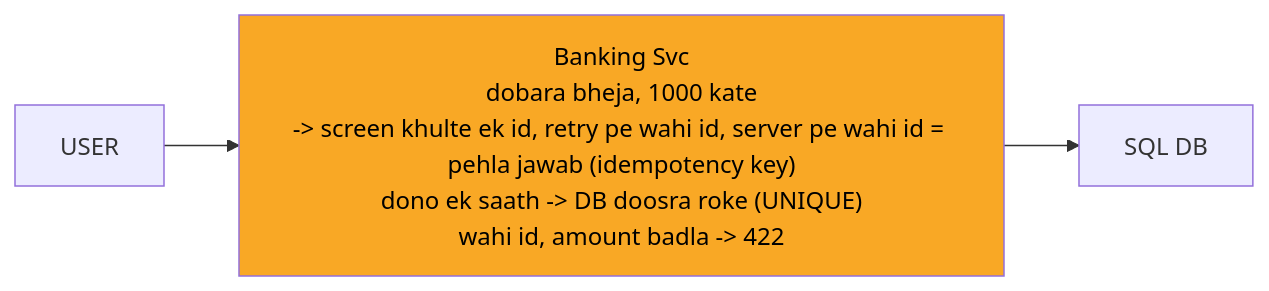
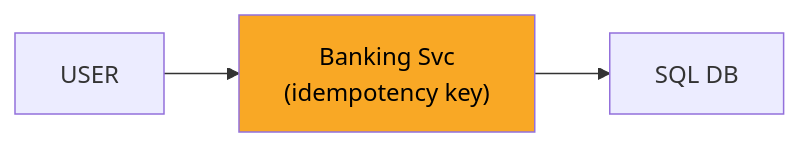
One commit to ArpanMaheshwari144/Prep changed the diagram in 04_HLD/SYSTEM_DESIGNS/13_banking_system/img/c2.mmd. Above: the diagram before and after it, drawn with Mermaid. The commit also changed 46 other files, not shown here.

```diff
--- a/04_HLD/SYSTEM_DESIGNS/13_banking_system/img/c2.mmd
+++ b/04_HLD/SYSTEM_DESIGNS/13_banking_system/img/c2.mmd
@@ -1,8 +1,8 @@
 %%{init: {"flowchart": {"wrappingWidth": 450}}}%%
 flowchart LR
     n_USER["USER"]
-    n_SVC["Banking Svc<br/>dobara bheja, 1000 kate<br/>-> screen khulte ek id, retry pe wahi id, server pe wahi id = pehla jawab (idempotency key)<br/>dono ek saath -> DB doosra roke (UNIQUE)<br/>wahi id, amount badla -> 422"]
+    n_SVC["Banking Svc<br/>(idempotency key)"]
     n_DB["SQL DB"]
     n_USER --> n_SVC
     n_SVC --> n_DB
     style n_SVC fill:#f9a825,color:#000
```
